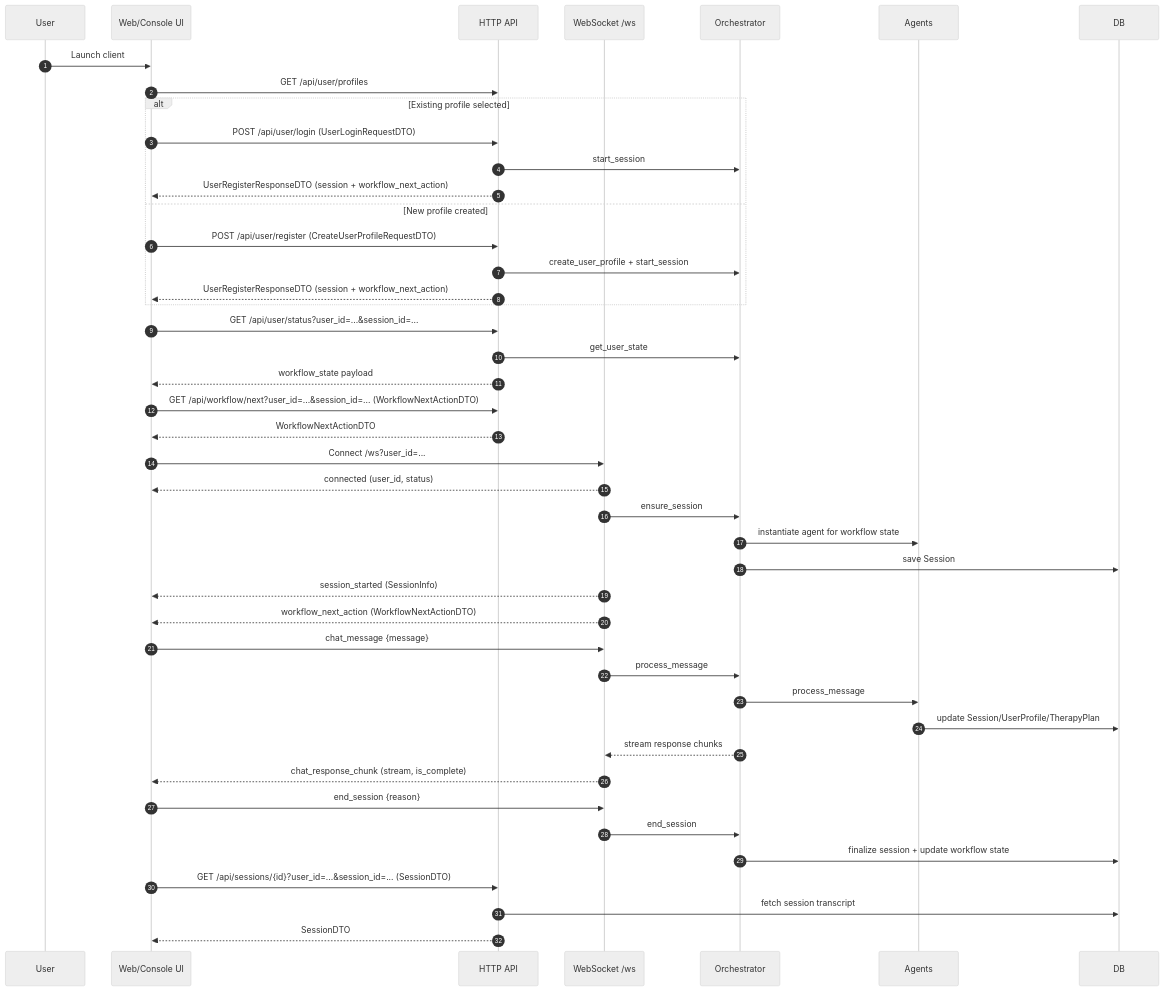
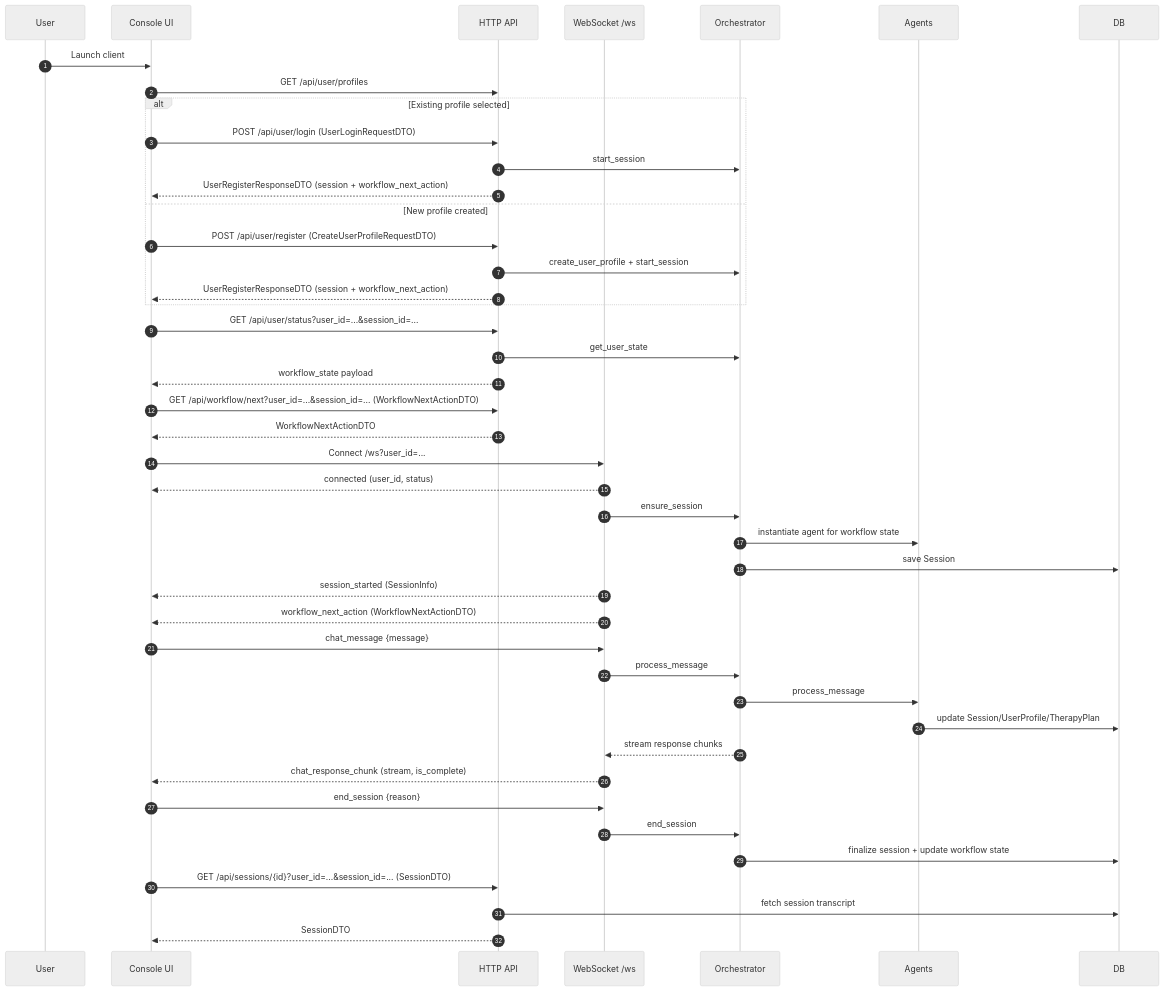
The second of 2 diagrams in docs/user_journey.md (HagbardCel/llm_psychology), drawn with Mermaid (neutral theme) before and after one commit. The commit also changed other lines of this file and 16 other files, not shown here.

````diff
--- a/docs/user_journey.md
+++ b/docs/user_journey.md
@@ -35,53 +39,53 @@
 ```mermaid
 sequenceDiagram
     autonumber
     participant User
-    participant UI as Web/Console UI
+    participant UI as Console UI
     participant HTTP as HTTP API
     participant WS as WebSocket /ws
     participant Orchestrator
     participant Agents
     participant DB
 
     User->>UI: Launch client
     UI->>HTTP: GET /api/user/profiles
     alt Existing profile selected
         UI->>HTTP: POST /api/user/login (UserLoginRequestDTO)
         HTTP->>Orchestrator: start_session
         HTTP-->>UI: UserRegisterResponseDTO (session + workflow_next_action)
     else New profile created
         UI->>HTTP: POST /api/user/register (CreateUserProfileRequestDTO)
         HTTP->>Orchestrator: create_user_profile + start_session
         HTTP-->>UI: UserRegisterResponseDTO (session + workflow_next_action)
     end
     UI->>HTTP: GET /api/user/status?user_id=...&session_id=...
     HTTP->>Orchestrator: get_user_state
     HTTP-->>UI: workflow_state payload
 
     UI->>HTTP: GET /api/workflow/next?user_id=...&session_id=... (WorkflowNextActionDTO)
     HTTP-->>UI: WorkflowNextActionDTO
 
     UI->>WS: Connect /ws?user_id=...
     WS-->>UI: connected (user_id, status)
 
     WS->>Orchestrator: ensure_session
     Orchestrator->>Agents: instantiate agent for workflow state
     Orchestrator->>DB: save Session
     WS-->>UI: session_started (SessionInfo)
     WS-->>UI: workflow_next_action (WorkflowNextActionDTO)
 
     UI->>WS: chat_message {message}
     WS->>Orchestrator: process_message
     Orchestrator->>Agents: process_message
     Agents->>DB: update Session/UserProfile/TherapyPlan
     Orchestrator-->>WS: stream response chunks
     WS-->>UI: chat_response_chunk (stream, is_complete)
 
     UI->>WS: end_session {reason}
     WS->>Orchestrator: end_session
     Orchestrator->>DB: finalize session + update workflow state
 
     UI->>HTTP: GET /api/sessions/{id}?user_id=...&session_id=... (SessionDTO)
     HTTP->>DB: fetch session transcript
     HTTP-->>UI: SessionDTO
 ```
````
